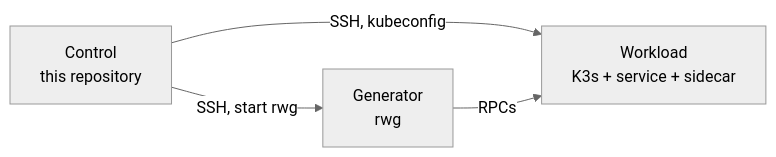
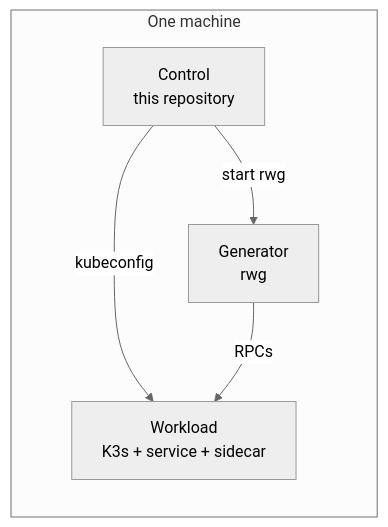
The first of 2 diagrams in README.md (roshanfer-project/roshanfer-experiments), drawn with Mermaid (neutral theme) before and after one commit. The commit also changed other lines of this file, not shown here.

Commit message:
Tutorial on one machine; paper figures from full bench runs

````diff
--- a/README.md
+++ b/README.md
@@ -53,9 +53,11 @@
 ```mermaid
 flowchart LR
-  C["Control<br/>this repository"]
-  G["Generator<br/>rwg"]
-  W["Workload<br/>K3s + service + sidecar"]
-  C -->|SSH, kubeconfig| W
-  C -->|SSH, start rwg| G
+  subgraph M["One machine"]
+    C["Control<br/>this repository"]
+    G["Generator<br/>rwg"]
+    W["Workload<br/>K3s + service + sidecar"]
+  end
+  C -->|kubeconfig| W
+  C -->|start rwg| G
   G -->|RPCs| W
 ```
````
